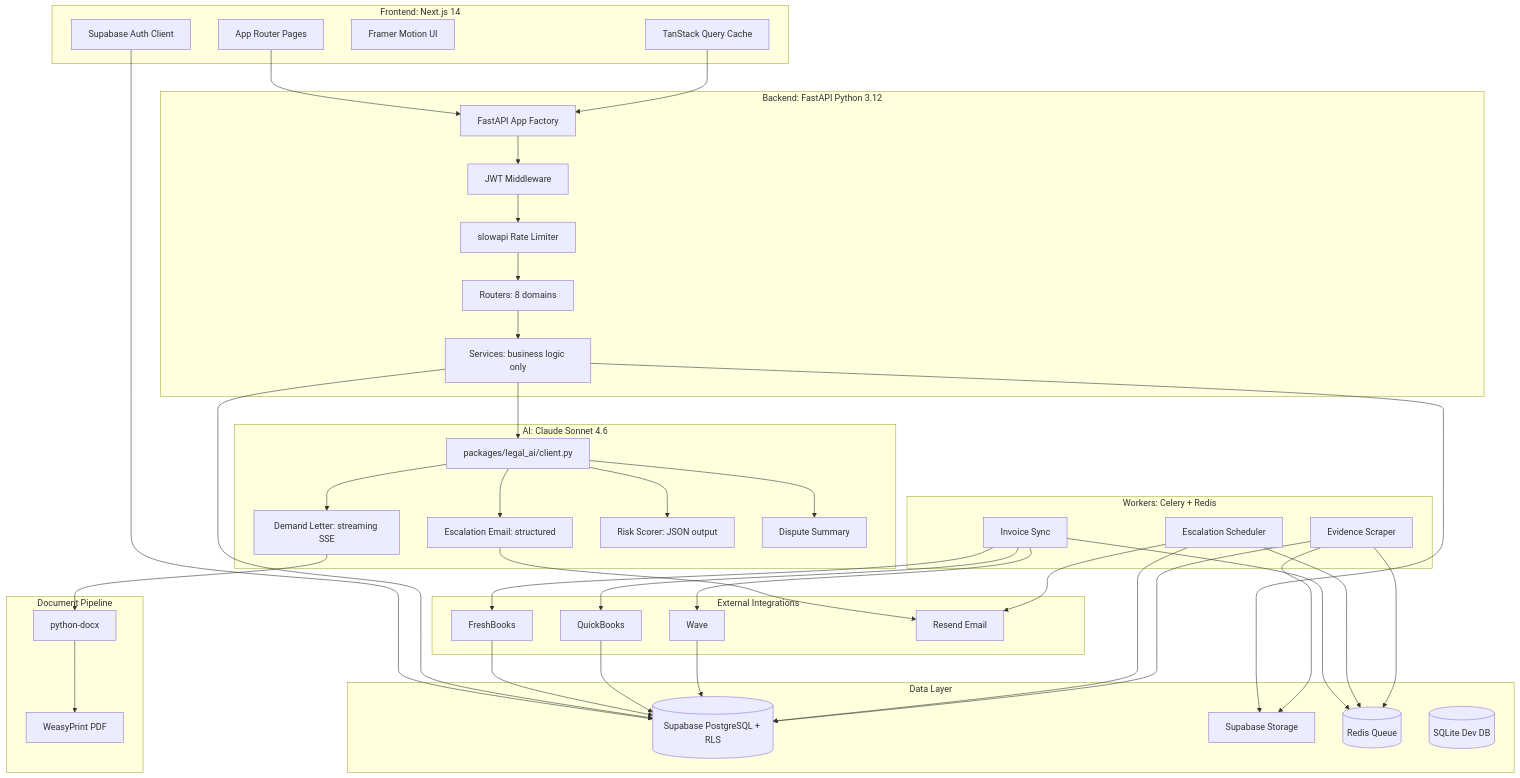
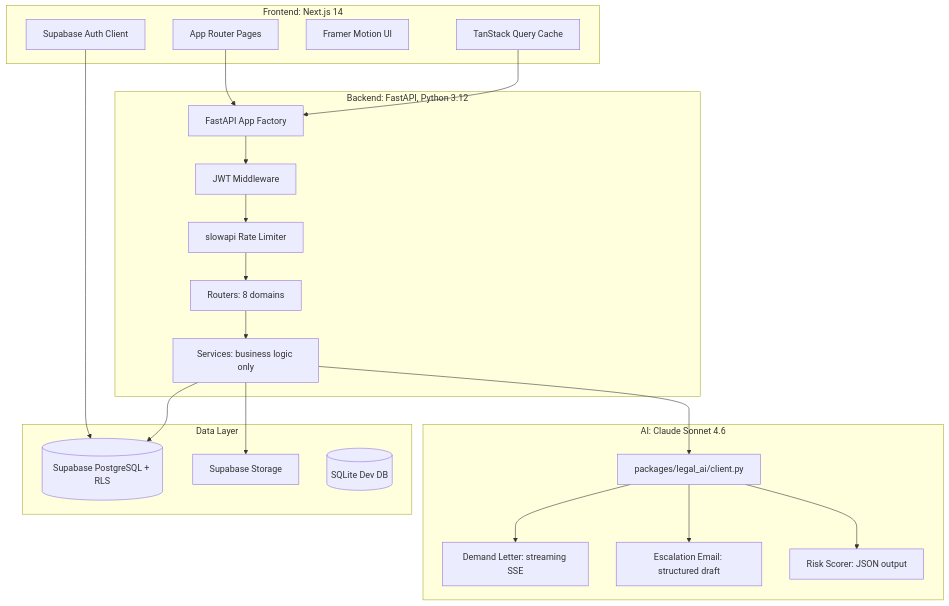
Before and after one commit to RudrenduPaul/freelancer-payment-protection: the diagram in README.md, drawn with Mermaid. The commit also changed other lines of this file and 2 other files, not shown here.

````diff
--- a/README.md
+++ b/README.md
@@ -343,65 +244,40 @@
 ```mermaid
 graph TB
     subgraph "Frontend: Next.js 14"
         A[App Router Pages]
         B[TanStack Query Cache]
         C[Framer Motion UI]
         D[Supabase Auth Client]
     end
 
-    subgraph "Backend: FastAPI Python 3.12"
+    subgraph "Backend: FastAPI, Python 3.12"
         E[FastAPI App Factory]
         F[JWT Middleware]
         G[slowapi Rate Limiter]
-        H[Routers: 8 domains]
+        H["Routers: 8 domains"]
         I[Services: business logic only]
     end
 
     subgraph "AI: Claude Sonnet 4.6"
         J[packages/legal_ai/client.py]
         K[Demand Letter: streaming SSE]
-        L[Escalation Email: structured]
+        L[Escalation Email: structured draft]
         M[Risk Scorer: JSON output]
-        N[Dispute Summary]
-    end
-
-    subgraph "Document Pipeline"
-        O[python-docx]
-        P[WeasyPrint PDF]
-    end
-
-    subgraph "Workers: Celery + Redis"
-        Q[Invoice Sync]
-        R[Escalation Scheduler]
-        S[Evidence Scraper]
     end
 
     subgraph "Data Layer"
         T[(Supabase PostgreSQL + RLS)]
         U[Supabase Storage]
-        V[(Redis Queue)]
         W[(SQLite Dev DB)]
-    end
-
-    subgraph "External Integrations"
-        X[FreshBooks]
-        Y[QuickBooks]
-        Z[Wave]
-        AA[Resend Email]
     end
 
     A --> E
     D --> T
     B --> E
     E --> F --> G --> H --> I
     I --> J
-    J --> K --> O --> P
-    J --> L --> AA
+    J --> K
+    J --> L
     J --> M
-    J --> N
     I --> T & U
-    Q --> X & Y & Z --> T
-    R --> AA & T
-    S --> U & T
-    Q & R & S --> V
 ```
````
